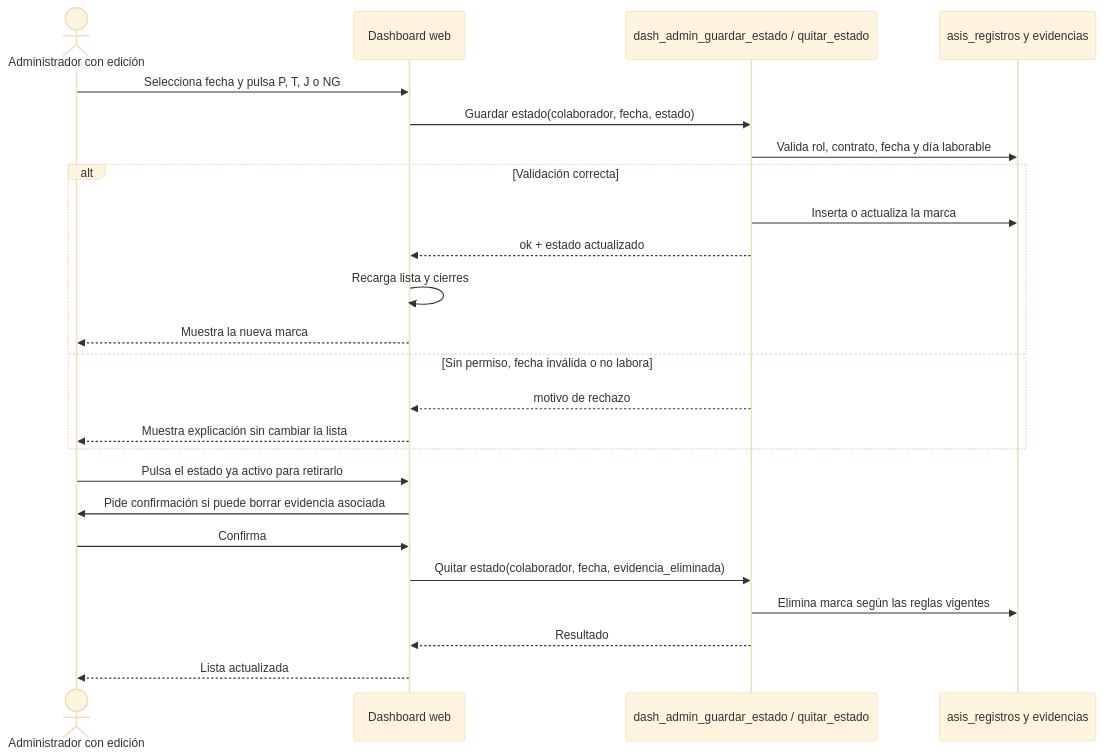
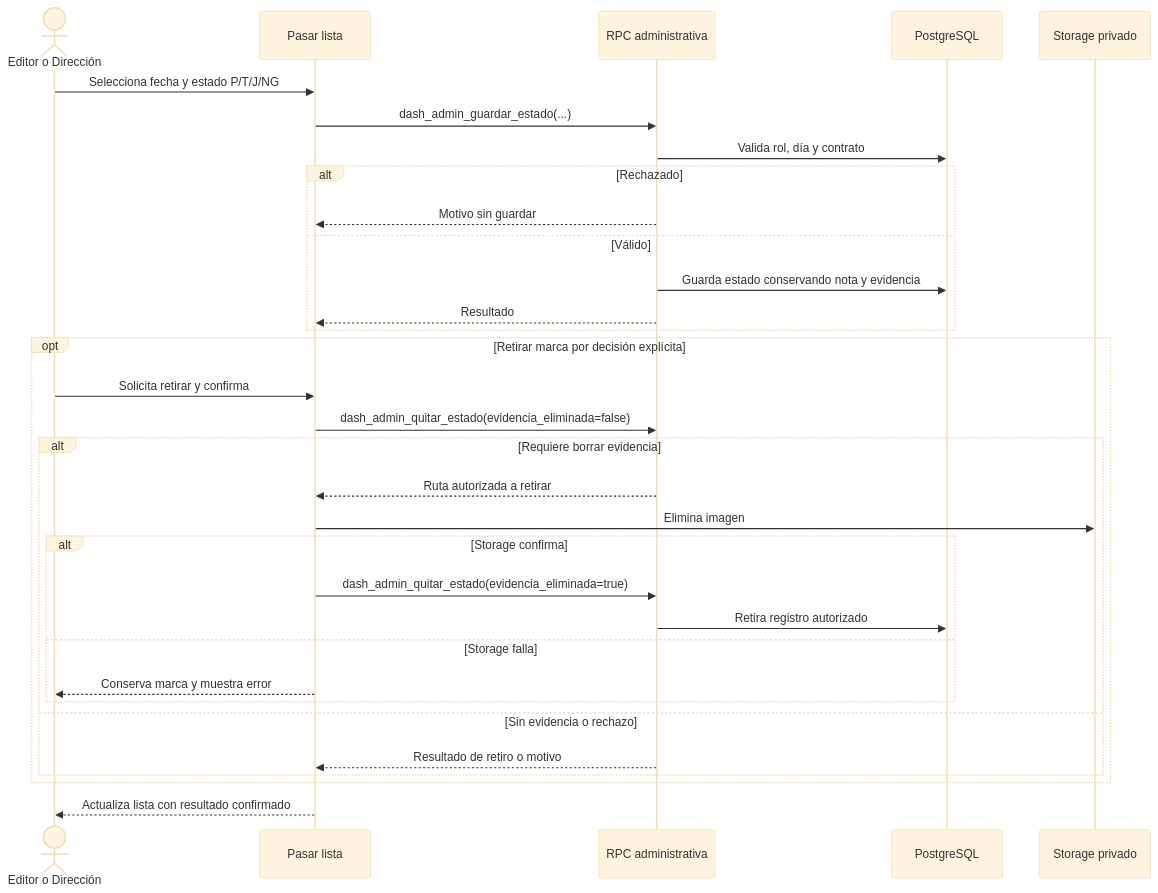
Before and after one commit to kjabienestar-ux/KJA: the second of 22 diagrams in docs/20-diagramas-secuencia-administracion.md, drawn with Mermaid (base theme). The commit also changed other lines of this file and 4 other files, not shown here.

````diff
--- a/docs/20-diagramas-secuencia-administracion.md
+++ b/docs/20-diagramas-secuencia-administracion.md
@@ -41,28 +47,34 @@
 ```mermaid
 sequenceDiagram
-    actor Admin as Administrador con edición
-    participant Web as Dashboard web
-    participant RPC as dash_admin_guardar_estado / quitar_estado
-    participant DB as asis_registros y evidencias
-
-    Admin->>Web: Selecciona fecha y pulsa P, T, J o NG
-    Web->>RPC: Guardar estado(colaborador, fecha, estado)
-    RPC->>DB: Valida rol, contrato, fecha y día laborable
-    alt Validación correcta
-        RPC->>DB: Inserta o actualiza la marca
-        RPC-->>Web: ok + estado actualizado
-        Web->>Web: Recarga lista y cierres
-        Web-->>Admin: Muestra la nueva marca
-    else Sin permiso, fecha inválida o no labora
-        RPC-->>Web: motivo de rechazo
-        Web-->>Admin: Muestra explicación sin cambiar la lista
+    actor U as Editor o Dirección
+    participant W as Pasar lista
+    participant R as RPC administrativa
+    participant B as PostgreSQL
+    participant S as Storage privado
+    U->>W: Selecciona fecha y estado P/T/J/NG
+    W->>R: dash_admin_guardar_estado(...)
+    R->>B: Valida rol, día y contrato
+    alt Rechazado
+    R-->>W: Motivo sin guardar
+    else Válido
+    R->>B: Guarda estado conservando nota y evidencia
+    R-->>W: Resultado
     end
-
-    Admin->>Web: Pulsa el estado ya activo para retirarlo
-    Web->>Admin: Pide confirmación si puede borrar evidencia asociada
-    Admin->>Web: Confirma
-    Web->>RPC: Quitar estado(colaborador, fecha, evidencia_eliminada)
-    RPC->>DB: Elimina marca según las reglas vigentes
-    RPC-->>Web: Resultado
-    Web-->>Admin: Lista actualizada
+    opt Retirar marca por decisión explícita
+    U->>W: Solicita retirar y confirma
+    W->>R: dash_admin_quitar_estado(evidencia_eliminada=false)
+    alt Requiere borrar evidencia
+    R-->>W: Ruta autorizada a retirar
+    W->>S: Elimina imagen
+    alt Storage confirma
+    W->>R: dash_admin_quitar_estado(evidencia_eliminada=true)
+    R->>B: Retira registro autorizado
+    else Storage falla
+    W-->>U: Conserva marca y muestra error
+    end
+    else Sin evidencia o rechazo
+    R-->>W: Resultado de retiro o motivo
+    end
+    end
+    W-->>U: Actualiza lista con resultado confirmado
 ```
````
